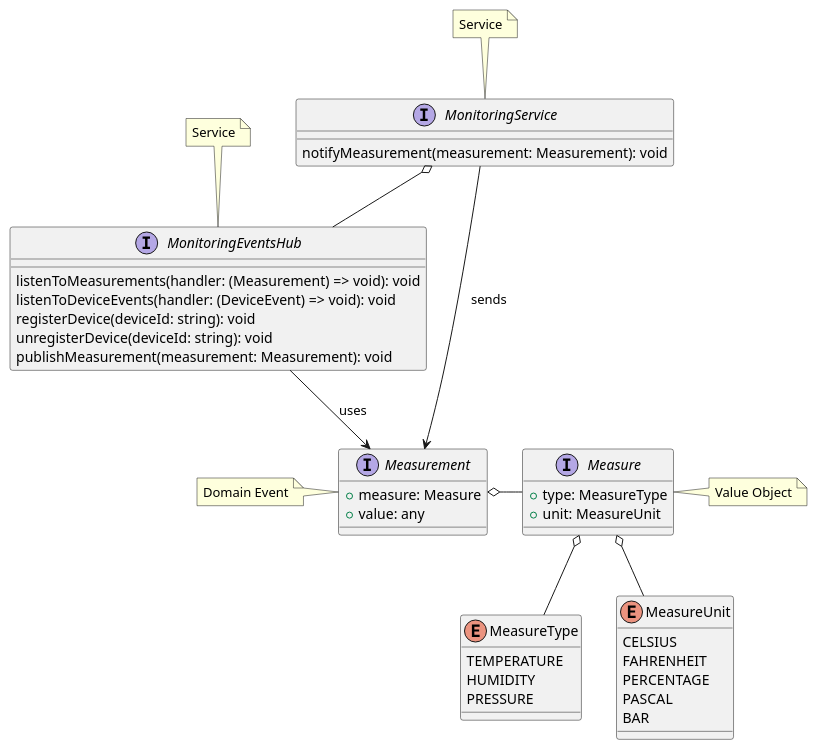
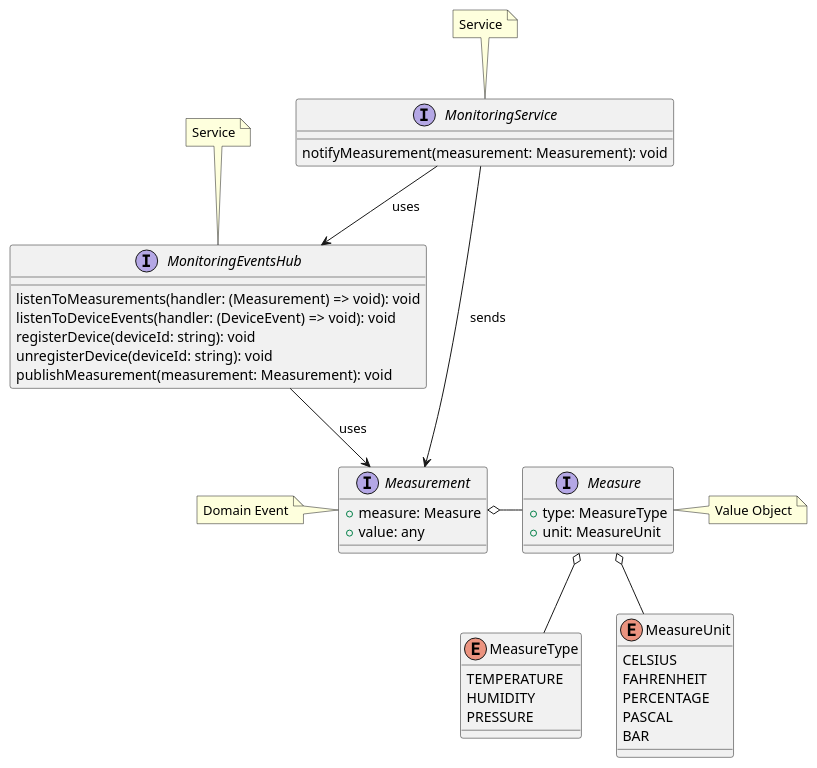
Before and after one commit to revue-org/revue: the diagram in docs/uml/domain/bounded-context/new/Monitoring.puml, drawn with PlantUML. The commit also changed 5 other files, not shown here.

Commit message:
docs(uml): minor fixes to uml

```diff
--- a/docs/uml/domain/bounded-context/new/Monitoring.puml
+++ b/docs/uml/domain/bounded-context/new/Monitoring.puml
@@ -1,54 +1,54 @@
 @startuml
 
 enum MeasureType {
   TEMPERATURE
   HUMIDITY
   PRESSURE
 }
 
 enum MeasureUnit {
   CELSIUS
   FAHRENHEIT
   PERCENTAGE
   PASCAL
   BAR
 }
 
 interface Measure {
   + type: MeasureType
   + unit: MeasureUnit
 }
 note right of Measure: Value Object
 Measure o-- MeasureType
 Measure o-- MeasureUnit
 
 interface Measurement {
   + measure: Measure
   + value: any
 }
 note left of Measurement: Domain Event
 Measurement o- Measure
 
 
 
 
 
 interface MonitoringService {
   notifyMeasurement(measurement: Measurement): void
 }
 note top of MonitoringService: Service
 
 interface MonitoringEventsHub {
   listenToMeasurements(handler: (Measurement) => void): void
   listenToDeviceEvents(handler: (DeviceEvent) => void): void
   registerDevice(deviceId: string): void
   unregisterDevice(deviceId: string): void
   publishMeasurement(measurement: Measurement): void
 }
 note top of MonitoringEventsHub: Service
 
 MonitoringService --> Measurement : sends
 MonitoringEventsHub --> Measurement : uses
-MonitoringService o-- MonitoringEventsHub
+MonitoringService --> MonitoringEventsHub : uses
 
 @enduml
```
